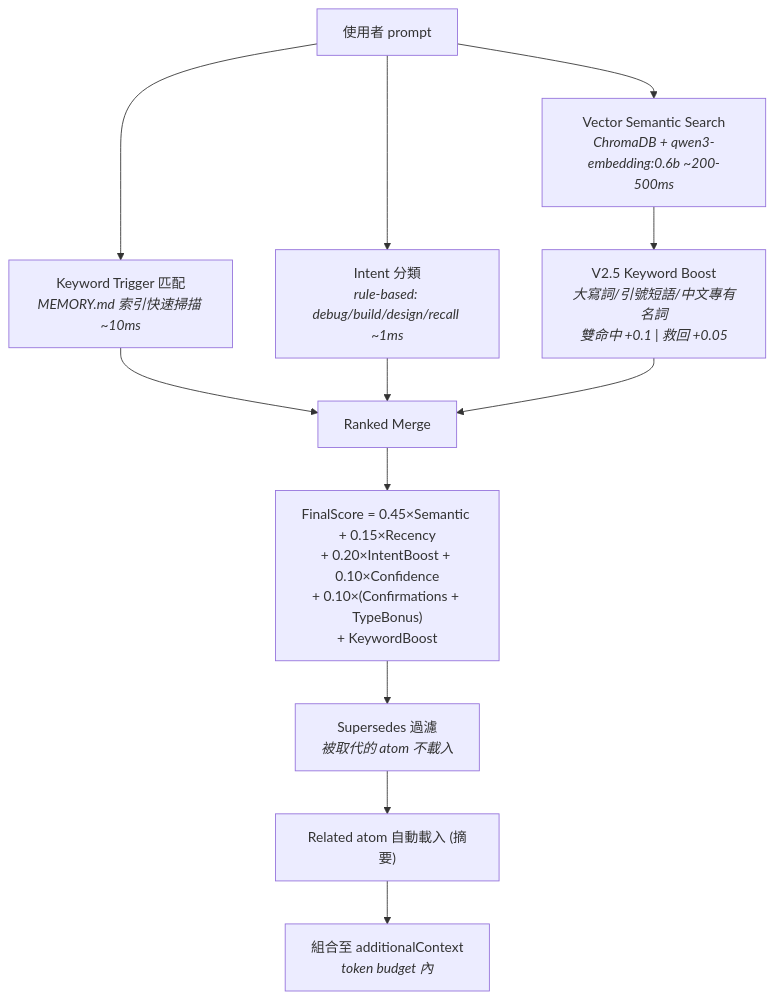
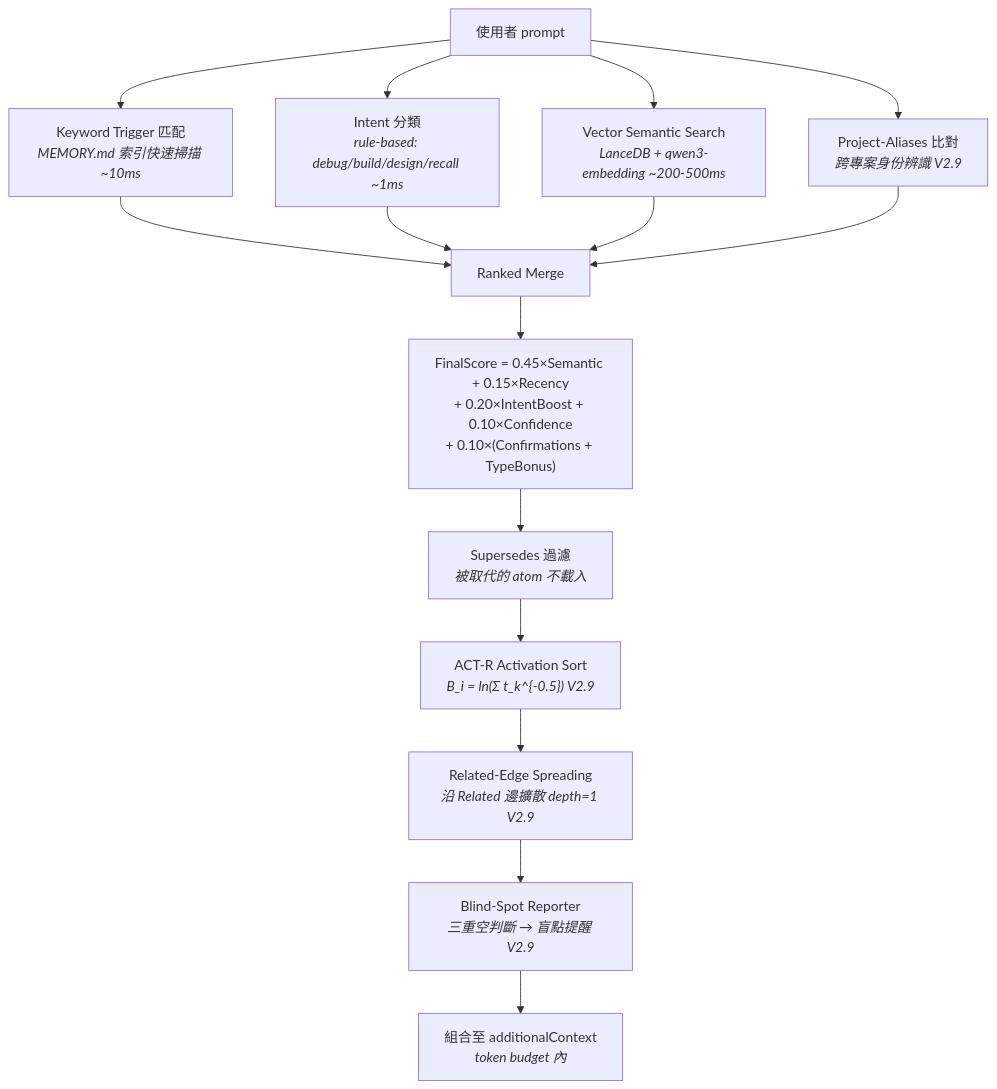
One commit to wellstseng/HomeClaudeCode-.claude changed the third of 5 diagrams in README.md. Above: the diagram before and after it, drawn with Mermaid. The commit also changed other lines of this file and 24 other files, not shown here.

````diff
--- a/README.md
+++ b/README.md
@@ -277,17 +279,21 @@
 ```mermaid
 flowchart TD
     P["使用者 prompt"] --> KW["Keyword Trigger 匹配<br/><i>MEMORY.md 索引快速掃描 ~10ms</i>"]
     P --> INT["Intent 分類<br/><i>rule-based: debug/build/design/recall ~1ms</i>"]
-    P --> VS["Vector Semantic Search<br/><i>ChromaDB + qwen3-embedding:0.6b ~200-500ms</i>"]
+    P --> VS["Vector Semantic Search<br/><i>LanceDB + qwen3-embedding ~200-500ms</i>"]
 
     KW --> MG["Ranked Merge"]
     INT --> MG
-    VS --> KB["V2.5 Keyword Boost<br/><i>大寫詞/引號短語/中文專有名詞<br/>雙命中 +0.1 | 救回 +0.05</i>"]
-    KB --> MG
+    VS --> MG
 
-    MG --> SC["FinalScore = 0.45×Semantic + 0.15×Recency<br/>+ 0.20×IntentBoost + 0.10×Confidence<br/>+ 0.10×(Confirmations + TypeBonus)<br/>+ KeywordBoost"]
+    MG --> SC["FinalScore = 0.45×Semantic + 0.15×Recency<br/>+ 0.20×IntentBoost + 0.10×Confidence<br/>+ 0.10×(Confirmations + TypeBonus)"]
+
+    P --> PA["Project-Aliases 比對<br/><i>跨專案身份辨識 V2.9</i>"]
+    PA --> MG
 
     SC --> SF["Supersedes 過濾<br/><i>被取代的 atom 不載入</i>"]
-    SF --> RL["Related atom 自動載入 (摘要)"]
-    RL --> CTX["組合至 additionalContext<br/><i>token budget 內</i>"]
+    SF --> AR["ACT-R Activation Sort<br/><i>B_i = ln(Σ t_k^{-0.5}) V2.9</i>"]
+    AR --> RL["Related-Edge Spreading<br/><i>沿 Related 邊擴散 depth=1 V2.9</i>"]
+    RL --> BS["Blind-Spot Reporter<br/><i>三重空判斷 → 盲點提醒 V2.9</i>"]
+    BS --> CTX["組合至 additionalContext<br/><i>token budget 內</i>"]
 ```
````
